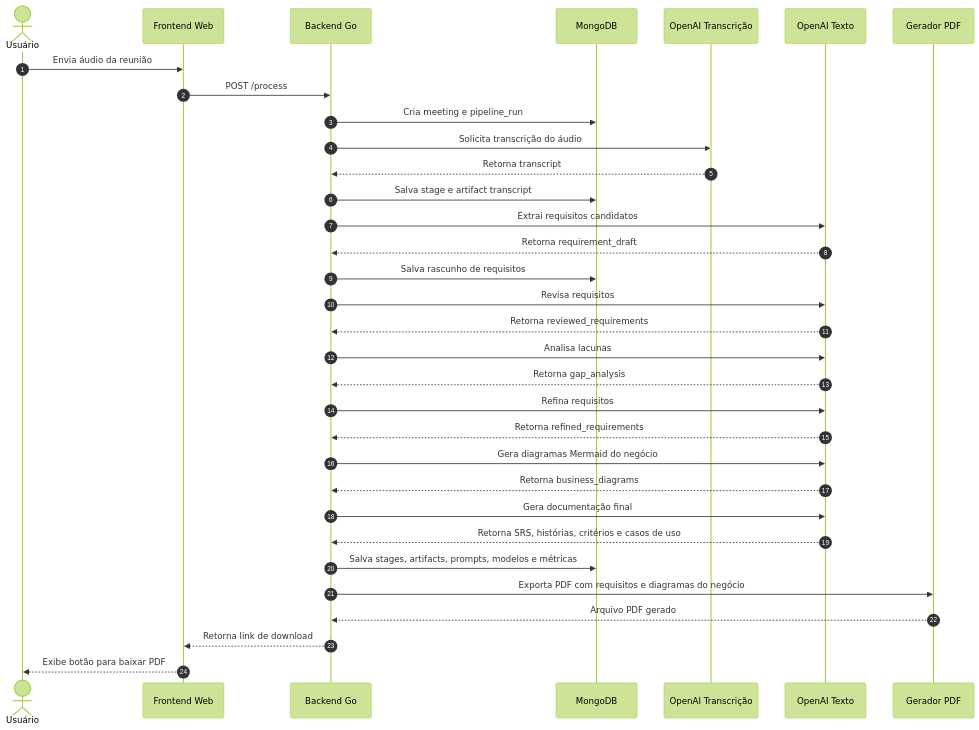
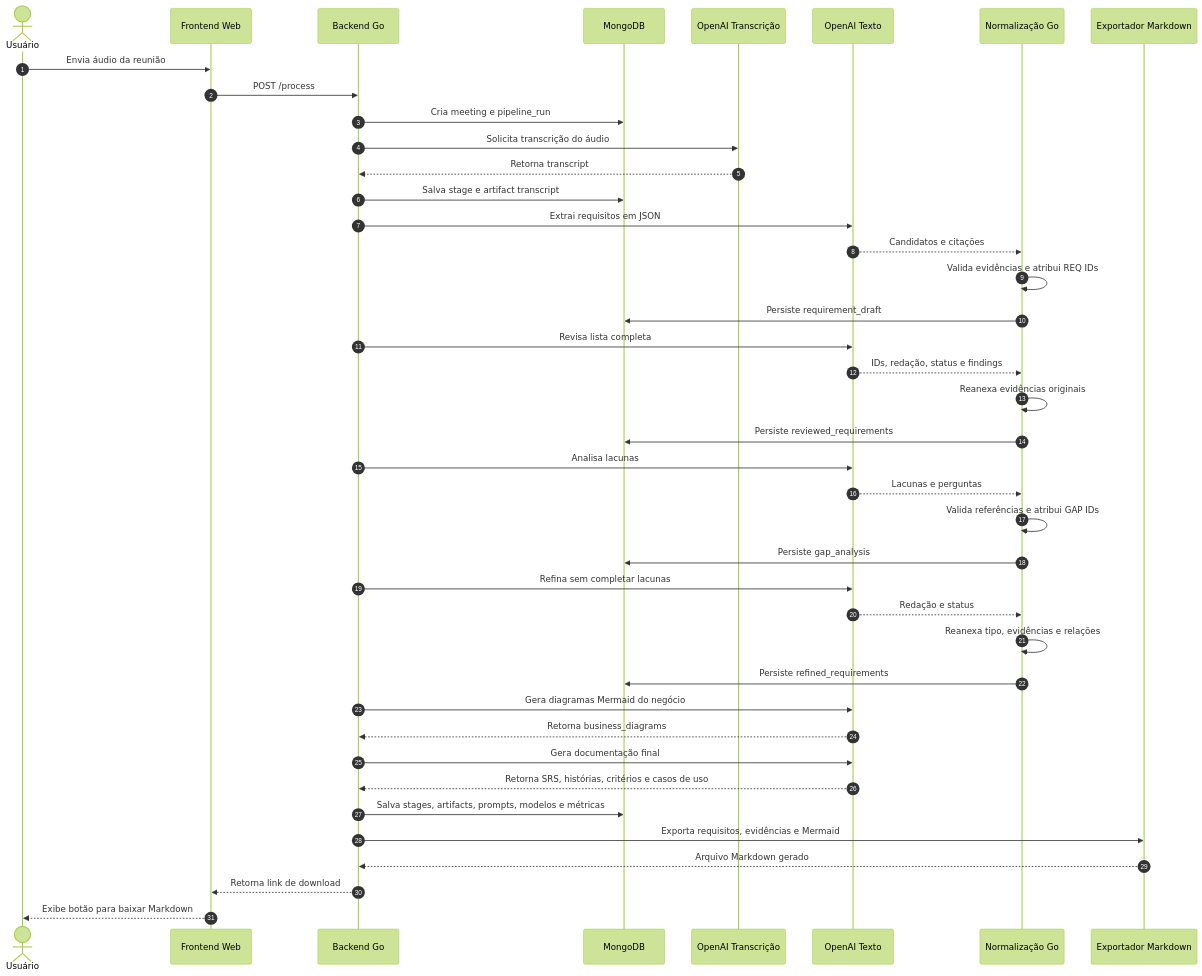
Before and after one commit to fabiuhp/tcc-3: the diagram in docs/diagrams/pipeline-sequence.mmd, drawn with Mermaid (forest theme). The commit also changed 28 other files, not shown here.

```diff
--- a/docs/diagrams/pipeline-sequence.mmd
+++ b/docs/diagrams/pipeline-sequence.mmd
@@ -1,34 +1,42 @@
 sequenceDiagram
     autonumber
     actor Usuario as Usuário
     participant Web as Frontend Web
     participant Backend as Backend Go
     participant Mongo as MongoDB
     participant STT as OpenAI Transcrição
     participant LLM as OpenAI Texto
-    participant PDF as Gerador PDF
+    participant Normalizer as Normalização Go
+    participant Markdown as Exportador Markdown
 
     Usuario->>Web: Envia áudio da reunião
     Web->>Backend: POST /process
     Backend->>Mongo: Cria meeting e pipeline_run
     Backend->>STT: Solicita transcrição do áudio
     STT-->>Backend: Retorna transcript
     Backend->>Mongo: Salva stage e artifact transcript
-    Backend->>LLM: Extrai requisitos candidatos
-    LLM-->>Backend: Retorna requirement_draft
-    Backend->>Mongo: Salva rascunho de requisitos
-    Backend->>LLM: Revisa requisitos
-    LLM-->>Backend: Retorna reviewed_requirements
+    Backend->>LLM: Extrai requisitos em JSON
+    LLM-->>Normalizer: Candidatos e citações
+    Normalizer->>Normalizer: Valida evidências e atribui REQ IDs
+    Normalizer->>Mongo: Persiste requirement_draft
+    Backend->>LLM: Revisa lista completa
+    LLM-->>Normalizer: IDs, redação, status e findings
+    Normalizer->>Normalizer: Reanexa evidências originais
+    Normalizer->>Mongo: Persiste reviewed_requirements
     Backend->>LLM: Analisa lacunas
-    LLM-->>Backend: Retorna gap_analysis
-    Backend->>LLM: Refina requisitos
-    LLM-->>Backend: Retorna refined_requirements
+    LLM-->>Normalizer: Lacunas e perguntas
+    Normalizer->>Normalizer: Valida referências e atribui GAP IDs
+    Normalizer->>Mongo: Persiste gap_analysis
+    Backend->>LLM: Refina sem completar lacunas
+    LLM-->>Normalizer: Redação e status
+    Normalizer->>Normalizer: Reanexa tipo, evidências e relações
+    Normalizer->>Mongo: Persiste refined_requirements
     Backend->>LLM: Gera diagramas Mermaid do negócio
     LLM-->>Backend: Retorna business_diagrams
     Backend->>LLM: Gera documentação final
     LLM-->>Backend: Retorna SRS, histórias, critérios e casos de uso
     Backend->>Mongo: Salva stages, artifacts, prompts, modelos e métricas
-    Backend->>PDF: Exporta PDF com requisitos e diagramas do negócio
-    PDF-->>Backend: Arquivo PDF gerado
+    Backend->>Markdown: Exporta requisitos, evidências e Mermaid
+    Markdown-->>Backend: Arquivo Markdown gerado
     Backend-->>Web: Retorna link de download
-    Web-->>Usuario: Exibe botão para baixar PDF
+    Web-->>Usuario: Exibe botão para baixar Markdown
```
